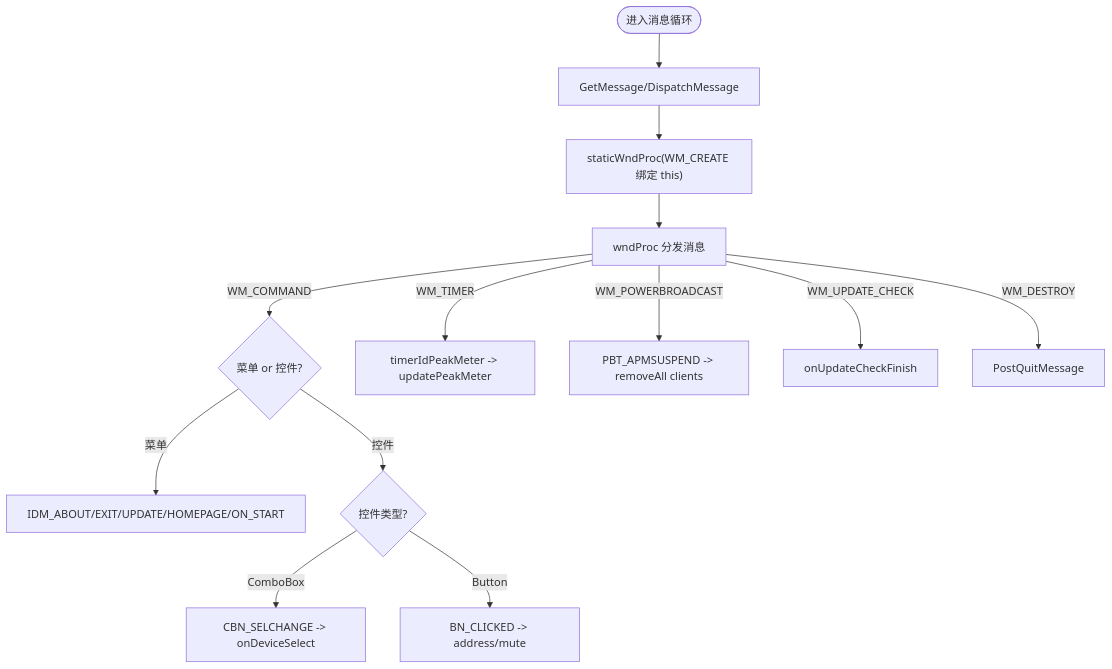
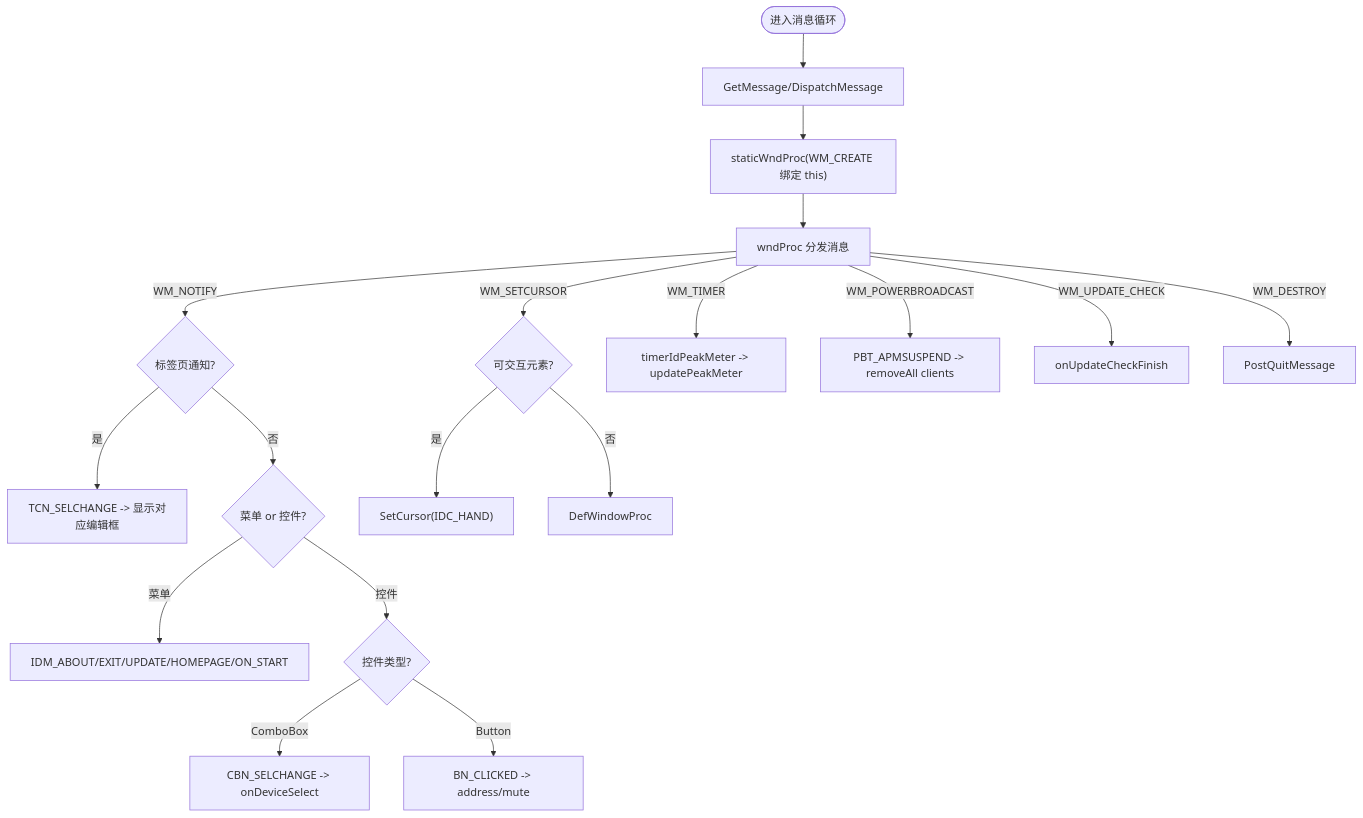
One commit to tea4go/SoundRemote-WinServer changed the third of 12 diagrams in .qoder/repowiki/zh/content/用户界面.md. Above: the diagram before and after it, drawn with Mermaid. The commit also changed other lines of this file and 10 other files, not shown here.

````diff
--- a/.qoder/repowiki/zh/content/用户界面.md
+++ b/.qoder/repowiki/zh/content/用户界面.md
@@ -158,15 +175,20 @@
 ```mermaid
 flowchart TD
 Start(["进入消息循环"]) --> GetMsg["GetMessage/DispatchMessage"]
 GetMsg --> StaticProc["staticWndProc(WM_CREATE 绑定 this)"]
 StaticProc --> WndProc["wndProc 分发消息"]
-WndProc --> |WM_COMMAND| CmdSwitch{"菜单 or 控件?"}
+WndProc --> |WM_NOTIFY| TabNotify{"标签页通知?"}
+TabNotify --> |是| TabChange["TCN_SELCHANGE -> 显示对应编辑框"]
+TabNotify --> |否| CmdSwitch{"菜单 or 控件?"}
 CmdSwitch --> |菜单| MenuCase["IDM_ABOUT/EXIT/UPDATE/HOMEPAGE/ON_START"]
 CmdSwitch --> |控件| CtrlCase{"控件类型?"}
 CtrlCase --> |ComboBox| SelChange["CBN_SELCHANGE -> onDeviceSelect"]
 CtrlCase --> |Button| BtnClick["BN_CLICKED -> address/mute"]
+WndProc --> |WM_SETCURSOR| CursorCheck{"可交互元素?"}
+CursorCheck --> |是| SetHand["SetCursor(IDC_HAND)"]
+CursorCheck --> |否| DefaultProc["DefWindowProc"]
 WndProc --> |WM_TIMER| TimerTick["timerIdPeakMeter -> updatePeakMeter"]
 WndProc --> |WM_POWERBROADCAST| PowerEvt["PBT_APMSUSPEND -> removeAll clients"]
 WndProc --> |WM_UPDATE_CHECK| UpdateCb["onUpdateCheckFinish"]
 WndProc --> |WM_DESTROY| Quit["PostQuitMessage"]
 ```
````
